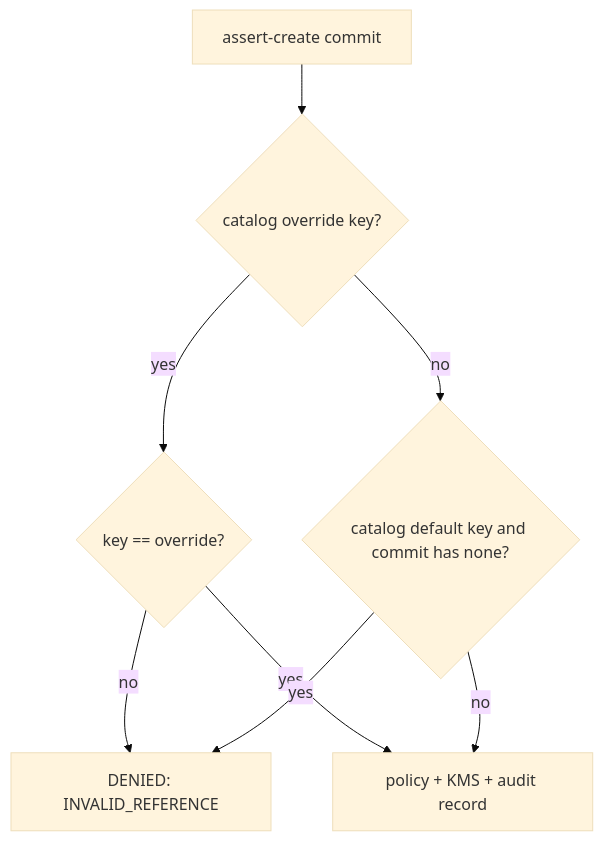
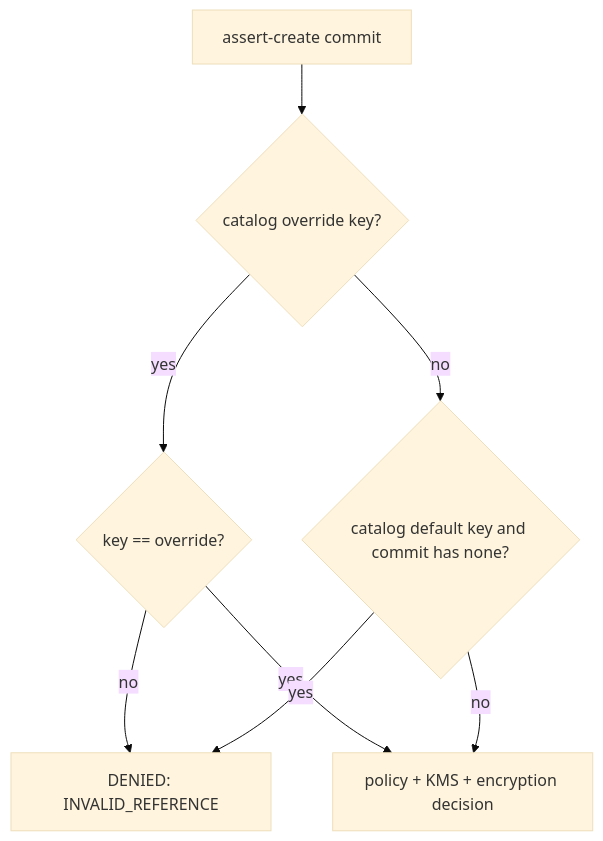
Before and after one commit to danhuawang/gravitino: the third of 3 diagrams in design-docs/iceberg-table-encryption/design-stage-create-ctas.md, drawn with Mermaid (base theme). The commit also changed other lines of this file and 19 other files, not shown here.

````diff
--- a/design-docs/iceberg-table-encryption/design-stage-create-ctas.md
+++ b/design-docs/iceberg-table-encryption/design-stage-create-ctas.md
@@ -111,10 +112,10 @@
 ```mermaid
 flowchart TD
   c["assert-create commit"] --> ov{"catalog override key?"}
   ov -->|yes| eq{"key == override?"}
   eq -->|no| deny["DENIED: INVALID_REFERENCE"]
-  eq -->|yes| pol["policy + KMS + audit record"]
+  eq -->|yes| pol["policy + KMS + encryption decision"]
   ov -->|no| def{"catalog default key and commit has none?"}
   def -->|yes| deny
   def -->|no| pol
 ```
````
